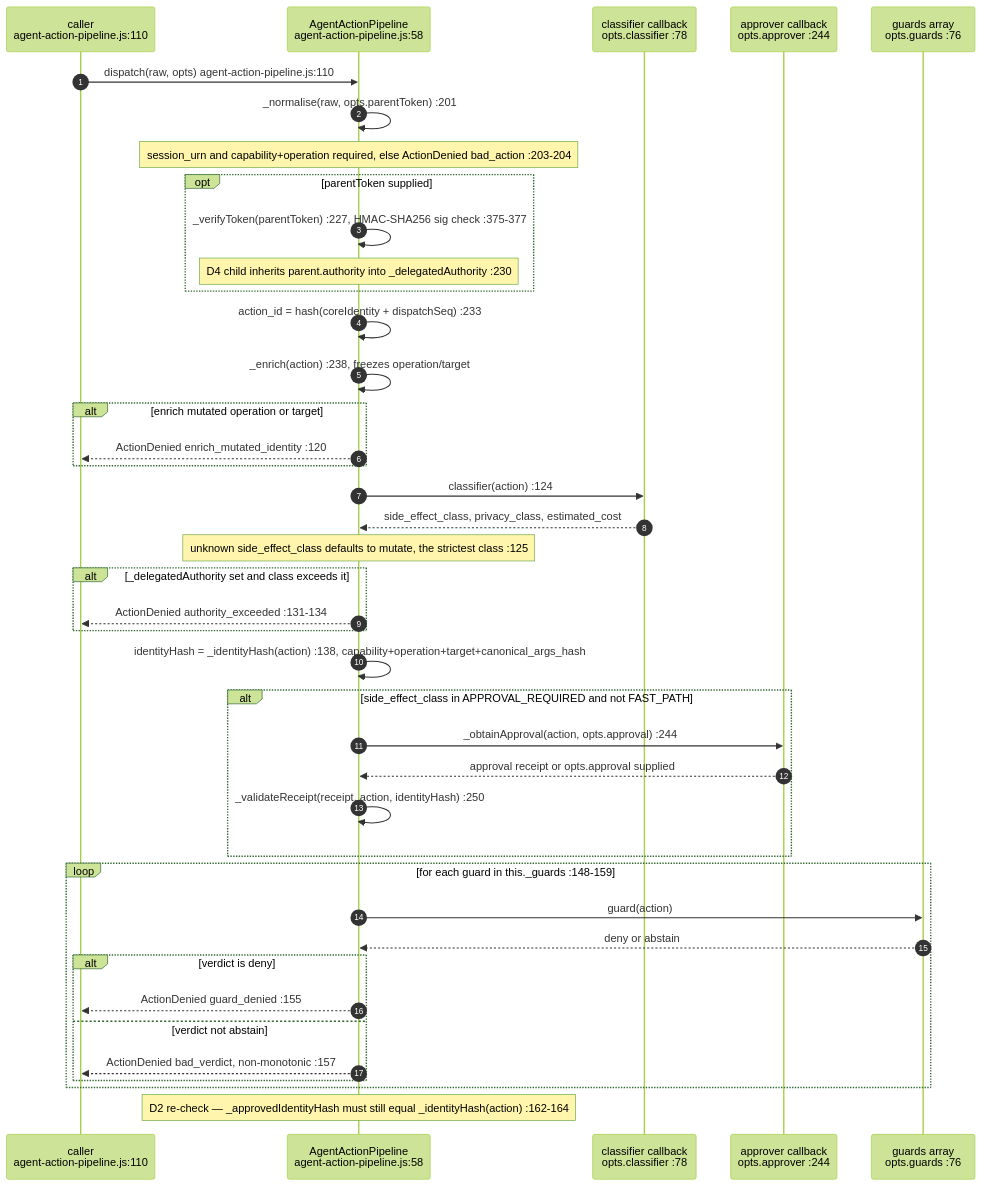
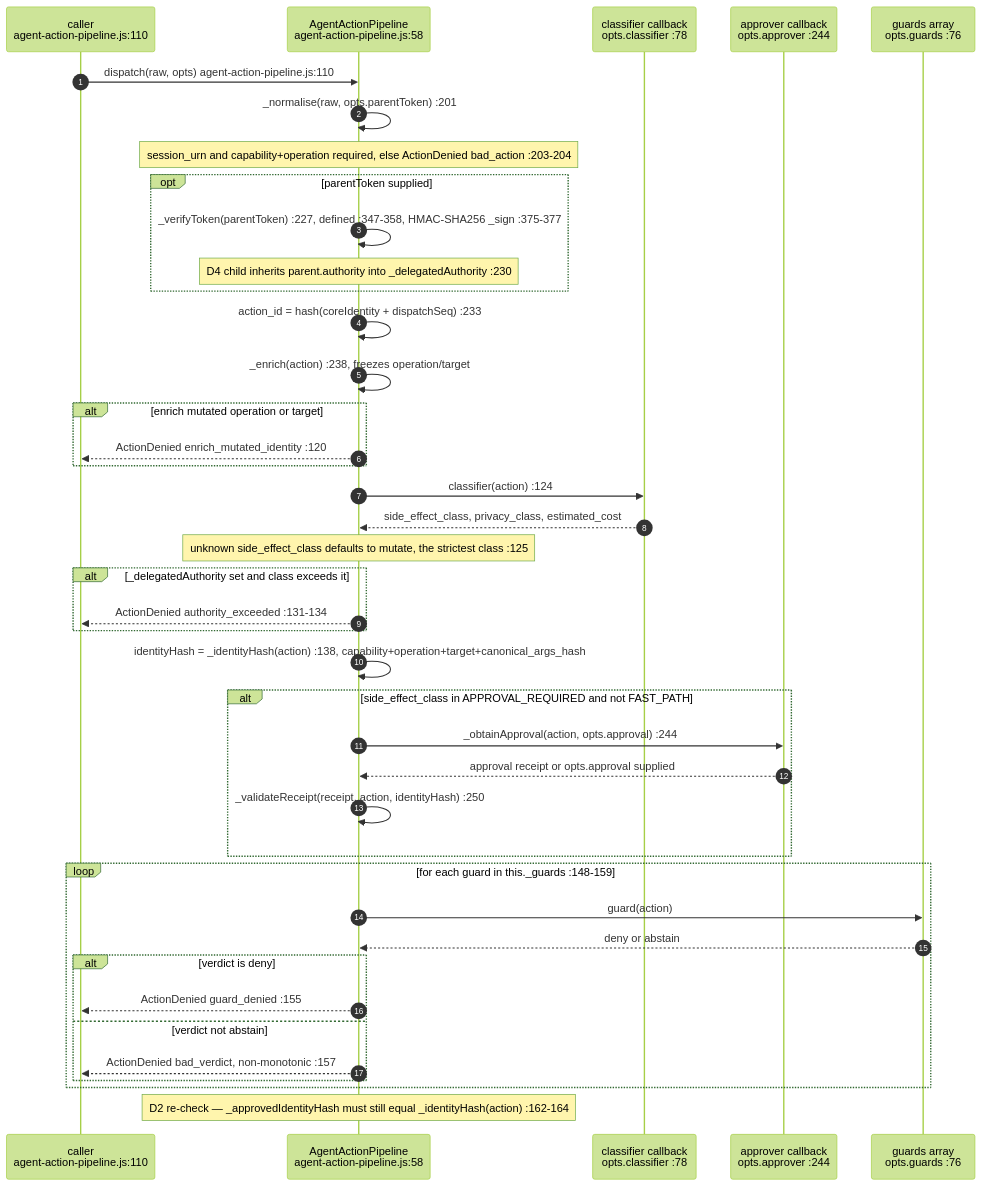
Before and after one commit to DreamLab-AI/VisionFlow: the third of 14 diagrams in docs/diagrams/agentbox/14-governance-journal-actions-approvals.md, drawn with Mermaid (forest theme). The commit also changed other lines of this file and 17 other files, not shown here.

````diff
--- a/docs/diagrams/agentbox/14-governance-journal-actions-approvals.md
+++ b/docs/diagrams/agentbox/14-governance-journal-actions-approvals.md
@@ -143,44 +150,44 @@
 ```mermaid
 sequenceDiagram
     autonumber
     participant CALLER as caller<br/>agent-action-pipeline.js:110
     participant AAP as AgentActionPipeline<br/>agent-action-pipeline.js:58
     participant CLS as classifier callback<br/>opts.classifier :78
     participant APP as approver callback<br/>opts.approver :244
     participant GRD as guards array<br/>opts.guards :76
 
     CALLER->>AAP: dispatch(raw, opts) agent-action-pipeline.js:110
     AAP->>AAP: _normalise(raw, opts.parentToken) :201
     Note over AAP: session_urn and capability+operation required, else ActionDenied bad_action :203-204
     opt parentToken supplied
-        AAP->>AAP: _verifyToken(parentToken) :227, HMAC-SHA256 sig check :375-377
+        AAP->>AAP: _verifyToken(parentToken) :227, defined :347-358, HMAC-SHA256 _sign :375-377
         Note over AAP: D4 child inherits parent.authority into _delegatedAuthority :230
     end
     AAP->>AAP: action_id = hash(coreIdentity + dispatchSeq) :233
     AAP->>AAP: _enrich(action) :238, freezes operation/target
     alt enrich mutated operation or target
         AAP-->>CALLER: ActionDenied enrich_mutated_identity :120
     end
     AAP->>CLS: classifier(action) :124
     CLS-->>AAP: side_effect_class, privacy_class, estimated_cost
     Note over AAP: unknown side_effect_class defaults to mutate, the strictest class :125
     alt _delegatedAuthority set and class exceeds it
         AAP-->>CALLER: ActionDenied authority_exceeded :131-134
     end
     AAP->>AAP: identityHash = _identityHash(action) :138, capability+operation+target+canonical_args_hash
     alt side_effect_class in APPROVAL_REQUIRED and not FAST_PATH
         AAP->>APP: _obtainApproval(action, opts.approval) :244
         APP-->>AAP: approval receipt or opts.approval supplied
         AAP->>AAP: _validateReceipt(receipt, action, identityHash) :250
     end
     loop for each guard in this._guards :148-159
         AAP->>GRD: guard(action)
         GRD-->>AAP: deny or abstain
         alt verdict is deny
             AAP-->>CALLER: ActionDenied guard_denied :155
         else verdict not abstain
             AAP-->>CALLER: ActionDenied bad_verdict, non-monotonic :157
         end
     end
     Note over AAP: D2 re-check — _approvedIdentityHash must still equal _identityHash(action) :162-164
 ```
````
